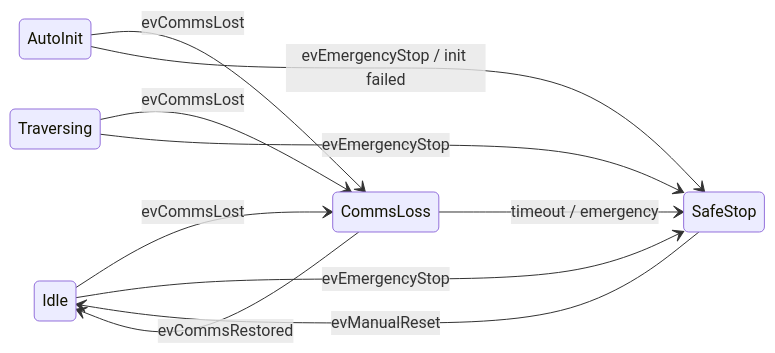
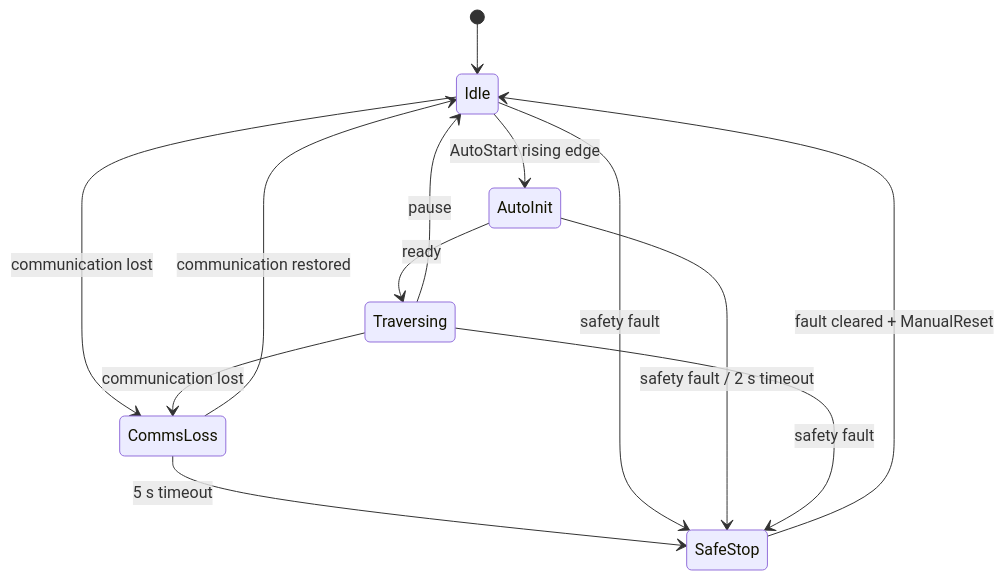
Before and after one commit to major173/b29_control: the first of 2 diagrams in b29_controllers/b29_smc_auto_controller/OBSTACLE_CROSSING_WORKFLOW.md, drawn with Mermaid. The commit also changed other lines of this file and 24 other files, not shown here.

````diff
--- a/b29_controllers/b29_smc_auto_controller/OBSTACLE_CROSSING_WORKFLOW.md
+++ b/b29_controllers/b29_smc_auto_controller/OBSTACLE_CROSSING_WORKFLOW.md
@@ -73,15 +27,15 @@
 ```mermaid
 stateDiagram-v2
-  direction LR
-  Idle --> CommsLoss: evCommsLost
-  AutoInit --> CommsLoss: evCommsLost
-  Traversing --> CommsLoss: evCommsLost
-
-  Idle --> SafeStop: evEmergencyStop
-  AutoInit --> SafeStop: evEmergencyStop / init failed
-  Traversing --> SafeStop: evEmergencyStop
-  CommsLoss --> SafeStop: timeout / emergency
-
-  CommsLoss --> Idle: evCommsRestored
-  SafeStop --> Idle: evManualReset
+  [*] --> Idle
+  Idle --> AutoInit: AutoStart rising edge
+  AutoInit --> Traversing: ready
+  Traversing --> Idle: pause
+  Idle --> CommsLoss: communication lost
+  Traversing --> CommsLoss: communication lost
+  CommsLoss --> Idle: communication restored
+  CommsLoss --> SafeStop: 5 s timeout
+  Idle --> SafeStop: safety fault
+  AutoInit --> SafeStop: safety fault / 2 s timeout
+  Traversing --> SafeStop: safety fault
+  SafeStop --> Idle: fault cleared + ManualReset
 ```
````
